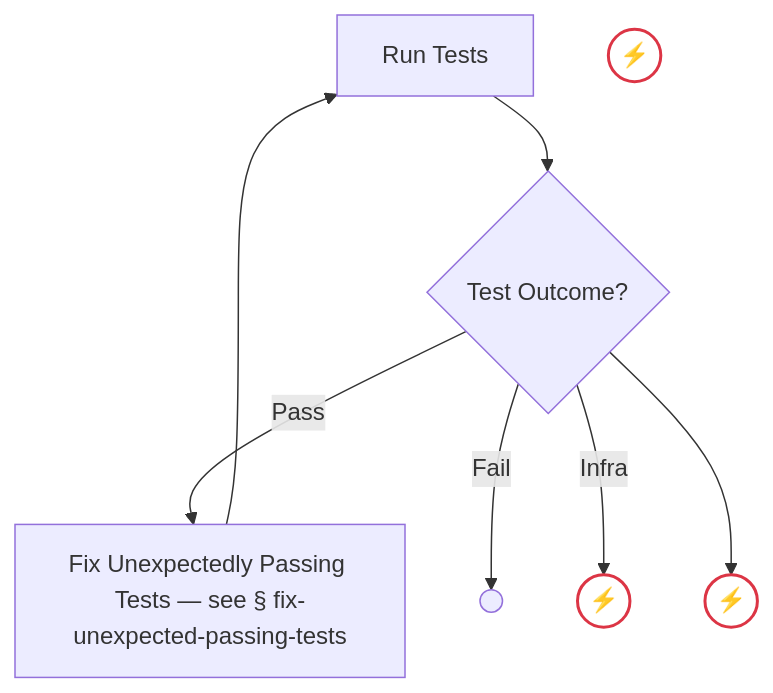
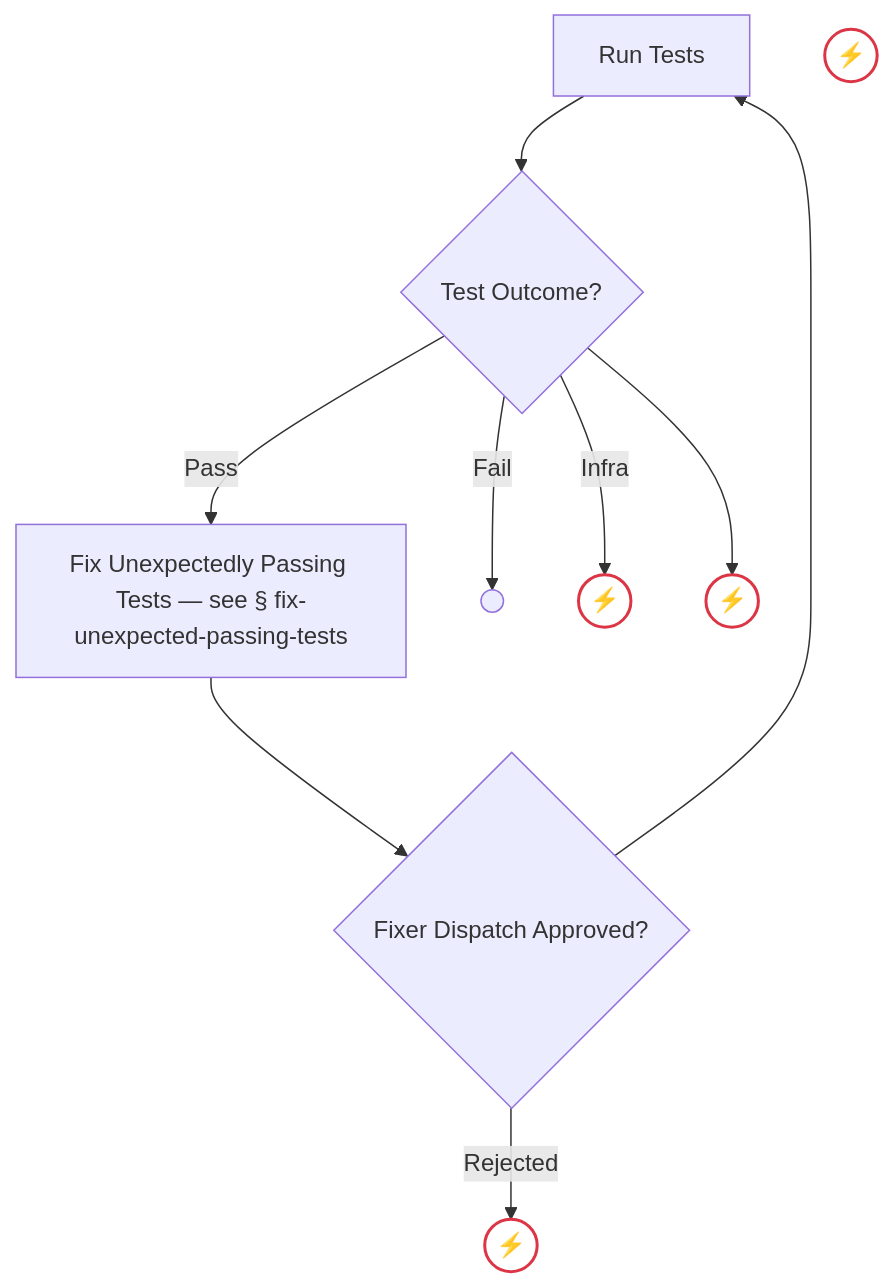
One commit to optivem/gh-optivem changed diagram 24 of 52 in docs/process-diagram.md. Above: the diagram before and after it, drawn with Mermaid. The commit also changed other lines of this file and 2 other files, not shown here.

Commit message:
atdd: regenerate process-flow diagram

````diff
--- a/docs/process-diagram.md
+++ b/docs/process-diagram.md
@@ -555,20 +559,24 @@
 ```mermaid
 flowchart TD
     RUN_TESTS[Run Tests]
     GATE_TESTS_OUTCOME{Test Outcome?}
     FIX_UNEXPECTED_PASSING_TESTS[Fix Unexpectedly Passing Tests — see § fix-unexpected-passing-tests]
     VERIFY_FAIL_END(( ))
     TESTS_INFRA_HALT((⚡))
     UNKNOWN_TESTS_OUTCOME((⚡))
+    GATE_FIX_FLOW_APPROVED{Fixer Dispatch Approved?}
+    FIX_FLOW_NOT_APPROVED((⚡))
     FIX_LOOP_EXHAUSTED((⚡))
 
     RUN_TESTS --> GATE_TESTS_OUTCOME
     GATE_TESTS_OUTCOME -- Pass --> FIX_UNEXPECTED_PASSING_TESTS
     GATE_TESTS_OUTCOME -- Fail --> VERIFY_FAIL_END
     GATE_TESTS_OUTCOME -- Infra --> TESTS_INFRA_HALT
     GATE_TESTS_OUTCOME --> UNKNOWN_TESTS_OUTCOME
-    FIX_UNEXPECTED_PASSING_TESTS --> RUN_TESTS
+    FIX_UNEXPECTED_PASSING_TESTS --> GATE_FIX_FLOW_APPROVED
+    GATE_FIX_FLOW_APPROVED -- Rejected --> FIX_FLOW_NOT_APPROVED
+    GATE_FIX_FLOW_APPROVED --> RUN_TESTS
 
     classDef errorEndNode fill:#ffffff,stroke:#dc3545,stroke-width:2px,color:#000000
-    class FIX_LOOP_EXHAUSTED,TESTS_INFRA_HALT,UNKNOWN_TESTS_OUTCOME errorEndNode
+    class FIX_FLOW_NOT_APPROVED,FIX_LOOP_EXHAUSTED,TESTS_INFRA_HALT,UNKNOWN_TESTS_OUTCOME errorEndNode
 ```
````
